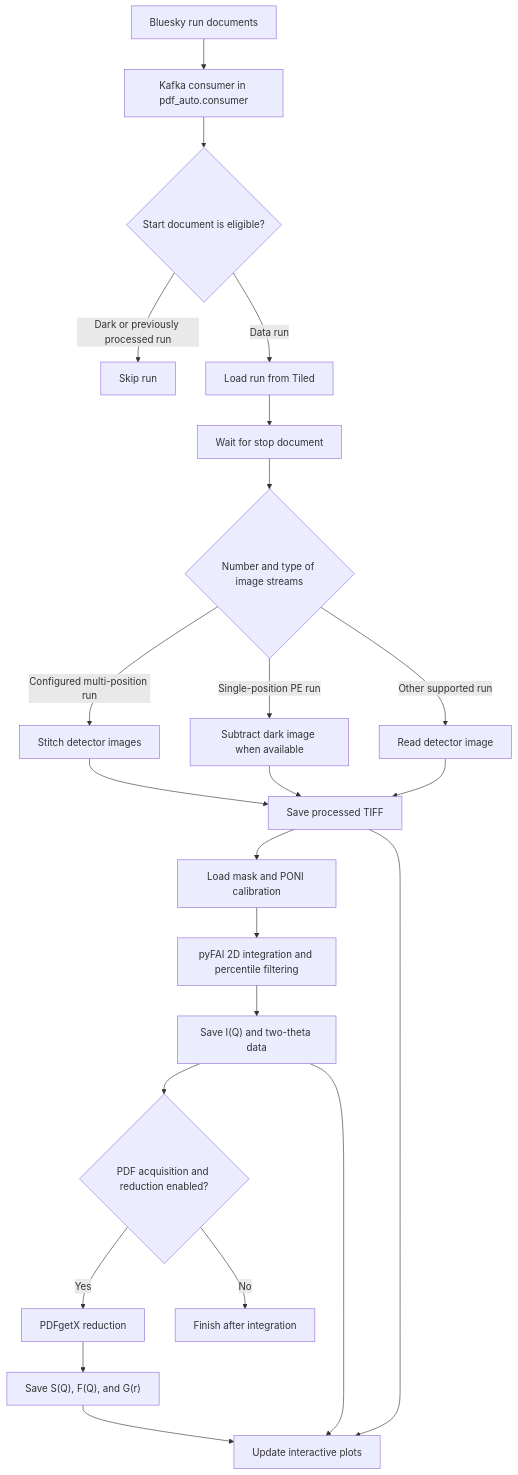
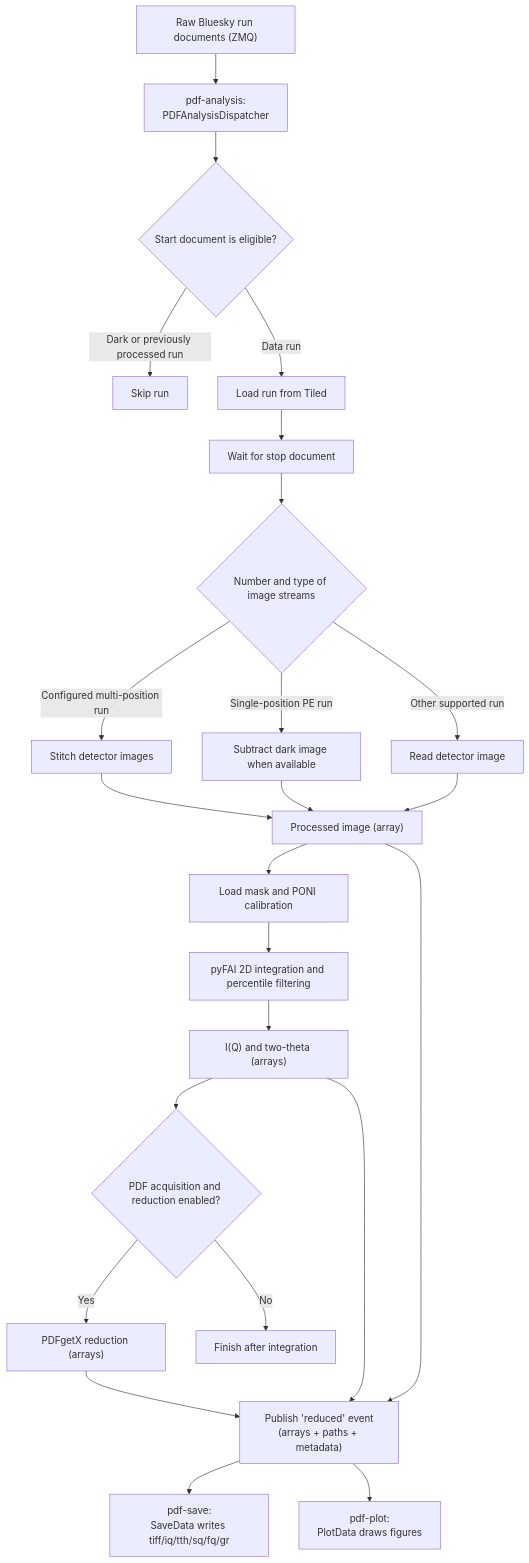
The diagram in README.md (cheng-hung/pdf-auto), drawn with Mermaid before and after one commit. The commit also changed other lines of this file and 30 other files, not shown here.

````diff
--- a/README.md
+++ b/README.md
@@ -26,25 +49,26 @@
 ```mermaid
 flowchart TD
-    A["Bluesky run documents"] --> B["Kafka consumer in pdf_auto.consumer"]
+    A["Raw Bluesky run documents (ZMQ)"] --> B["pdf-analysis:\nPDFAnalysisDispatcher"]
     B --> C{"Start document is eligible?"}
     C -->|"Dark or previously processed run"| D["Skip run"]
     C -->|"Data run"| E["Load run from Tiled"]
     E --> F["Wait for stop document"]
     F --> G{"Number and type of image streams"}
     G -->|"Configured multi-position run"| H["Stitch detector images"]
     G -->|"Single-position PE run"| I["Subtract dark image when available"]
     G -->|"Other supported run"| J["Read detector image"]
-    H --> K["Save processed TIFF"]
+    H --> K["Processed image (array)"]
     I --> K
     J --> K
     K --> L["Load mask and PONI calibration"]
     L --> M["pyFAI 2D integration and percentile filtering"]
-    M --> N["Save I(Q) and two-theta data"]
+    M --> N["I(Q) and two-theta (arrays)"]
     N --> O{"PDF acquisition and reduction enabled?"}
-    O -->|"Yes"| P["PDFgetX reduction"]
-    P --> Q["Save S(Q), F(Q), and G(r)"]
+    O -->|"Yes"| P["PDFgetX reduction (arrays)"]
     O -->|"No"| R["Finish after integration"]
-    K --> S["Update interactive plots"]
-    N --> S
-    Q --> S
+    K --> PUB["Publish 'reduced' event\n(arrays + paths + metadata)"]
+    N --> PUB
+    P --> PUB
+    PUB --> SAVE["pdf-save:\nSaveData writes tiff/iq/tth/sq/fq/gr"]
+    PUB --> PLOT["pdf-plot:\nPlotData draws figures"]
 ```
````
